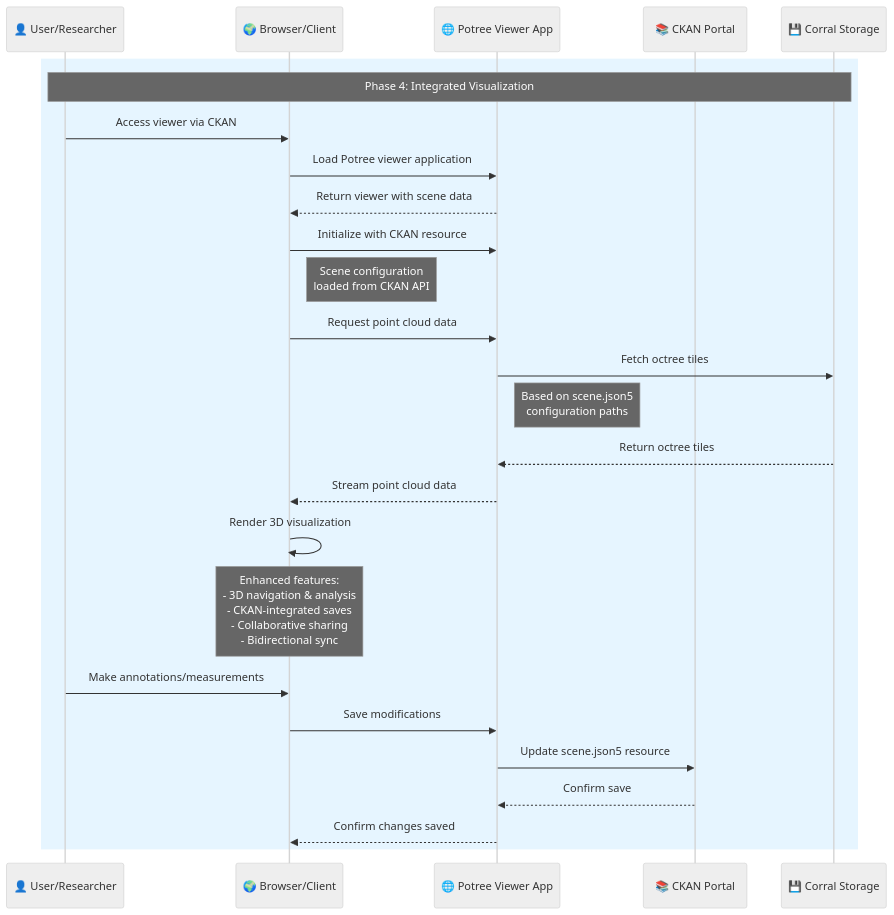
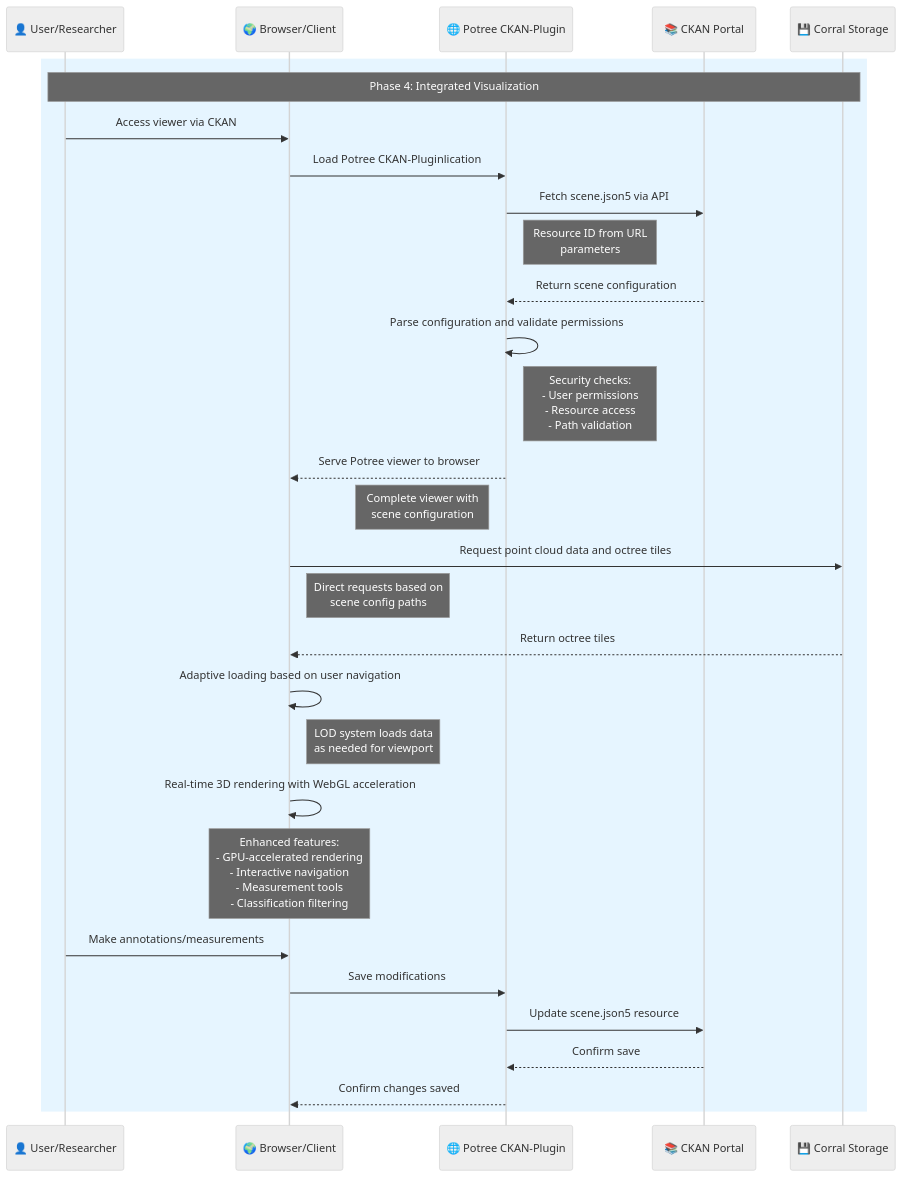
Before and after one commit to In-For-Disaster-Analytics/ckan-docker: the fourth of 5 diagrams in src/ckanext-potree/README-pipeline.md, drawn with Mermaid. The commit also changed other lines of this file, not shown here.

````diff
--- a/src/ckanext-potree/README-pipeline.md
+++ b/src/ckanext-potree/README-pipeline.md
@@ -295,36 +314,42 @@
 ```mermaid
 %%{ init : { "theme" : "neutral", "themeVariables" : { "primaryColor" : "#fff", "primaryTextColor" : "#000", "primaryBorderColor" : "#000", "lineColor" : "#000", "secondaryColor" : "#f8f8f8", "tertiaryColor" : "#f0f0f0" }}}%%
 sequenceDiagram
     participant User as 👤 User/Researcher
     participant Browser as 🌍 Browser/Client
-    participant Django as 🌐 Potree Viewer App
+    participant PotreePlugin as 🌐 Potree CKAN-Plugin
     participant CKAN as 📚 CKAN Portal
     participant Corral as 💾 Corral Storage
 
     %% Visualization Phase
     rect rgb(230, 245, 255)
         Note over User,Corral: Phase 4: Integrated Visualization
         User->>Browser: Access viewer via CKAN
-        Browser->>Django: Load Potree viewer application
-        Django-->>Browser: Return viewer with scene data
+        Browser->>PotreePlugin: Load Potree CKAN-Pluginlication
 
-        Browser->>Django: Initialize with CKAN resource
-        Note right of Browser: Scene configuration<br/>loaded from CKAN API
+        PotreePlugin->>CKAN: Fetch scene.json5 via API
+        Note right of PotreePlugin: Resource ID from URL<br/>parameters
+        CKAN-->>PotreePlugin: Return scene configuration
 
-        Browser->>Django: Request point cloud data
-        Django->>Corral: Fetch octree tiles
-        Note right of Django: Based on scene.json5<br/>configuration paths
+        PotreePlugin->>PotreePlugin: Parse configuration and validate permissions
+        Note right of PotreePlugin: Security checks:<br/>- User permissions<br/>- Resource access<br/>- Path validation
 
-        Corral-->>Django: Return octree tiles
-        Django-->>Browser: Stream point cloud data
-        Browser->>Browser: Render 3D visualization
+        PotreePlugin-->>Browser: Serve Potree viewer to browser
+        Note left of PotreePlugin: Complete viewer with<br/>scene configuration
 
-        Note over Browser: Enhanced features:<br/>- 3D navigation & analysis<br/>- CKAN-integrated saves<br/>- Collaborative sharing<br/>- Bidirectional sync
+        Browser->>Corral: Request point cloud data and octree tiles
+        Note right of Browser: Direct requests based on<br/>scene config paths
+        Corral-->>Browser: Return octree tiles
+
+        Browser->>Browser: Adaptive loading based on user navigation
+        Note right of Browser: LOD system loads data<br/>as needed for viewport
+
+        Browser->>Browser: Real-time 3D rendering with WebGL acceleration
+        Note over Browser: Enhanced features:<br/>- GPU-accelerated rendering<br/>- Interactive navigation<br/>- Measurement tools<br/>- Classification filtering
 
         User->>Browser: Make annotations/measurements
-        Browser->>Django: Save modifications
-        Django->>CKAN: Update scene.json5 resource
-        CKAN-->>Django: Confirm save
-        Django-->>Browser: Confirm changes saved
+        Browser->>PotreePlugin: Save modifications
+        PotreePlugin->>CKAN: Update scene.json5 resource
+        CKAN-->>PotreePlugin: Confirm save
+        PotreePlugin-->>Browser: Confirm changes saved
     end
 ```
````
